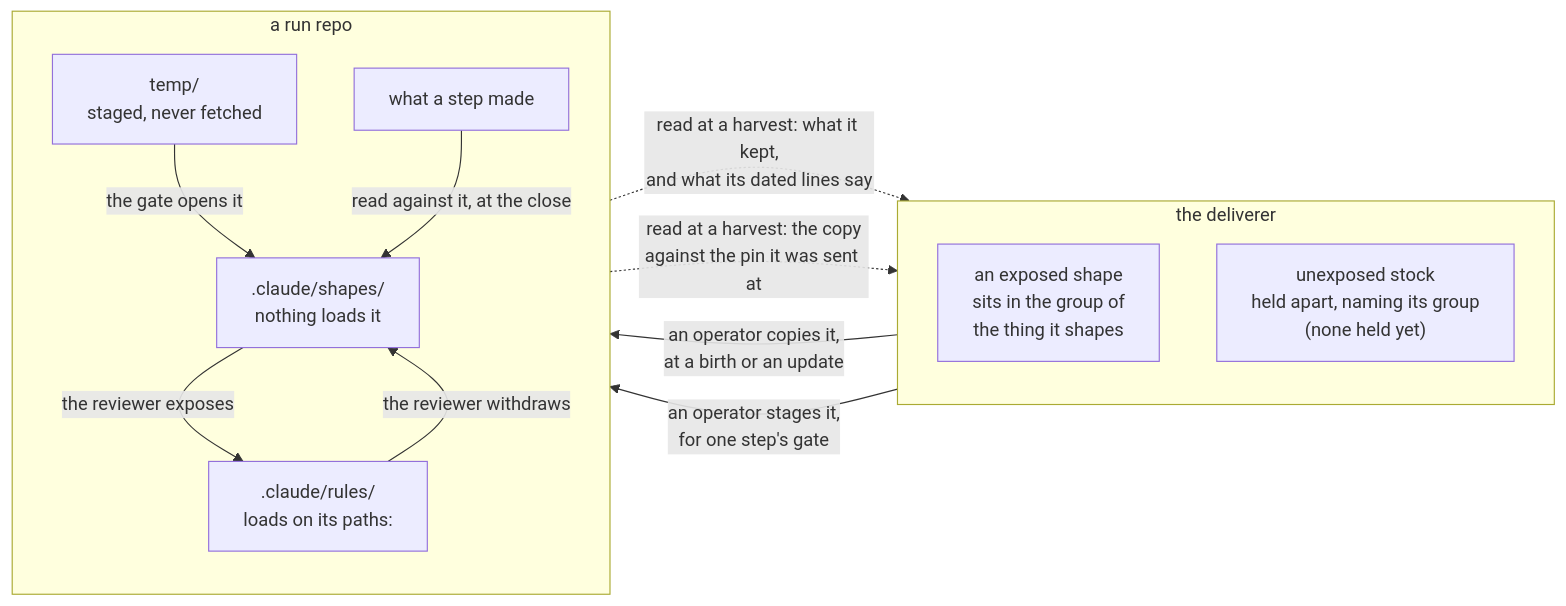
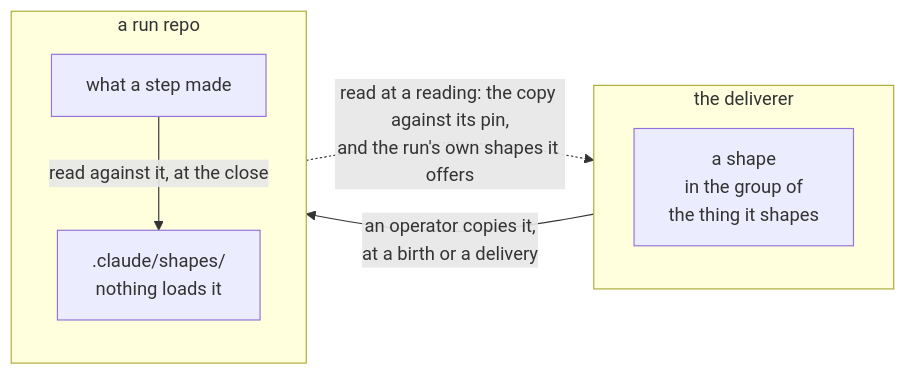
One commit to edgaras87/correctness-by-construction changed the first of 2 diagrams in docs/conventions/shapes/README.md. Above: the diagram before and after it, drawn with Mermaid. The commit also changed other lines of this file and 3 other files, not shown here.

First line of the commit message:
docs: a shape is read at the gate, nowhere else

````diff
--- a/docs/conventions/shapes/README.md
+++ b/docs/conventions/shapes/README.md
@@ -233,26 +207,17 @@
 ```mermaid
 flowchart LR
   subgraph HERE["the deliverer"]
     direction TB
-    EX["an exposed shape<br/>sits in the group of<br/>the thing it shapes"]
-    UN["unexposed stock<br/>held apart, naming its group<br/>(none held yet)"]
+    SH["a shape<br/>in the group of<br/>the thing it shapes"]
   end
 
   subgraph RUN["a run repo"]
     direction TB
     MADE["what a step made"]
-    TMP["temp/<br/>staged, never fetched"]
     SHP[".claude/shapes/<br/>nothing loads it"]
-    RUL[".claude/rules/<br/>loads on its paths:"]
   end
 
-  EX -->|"an operator copies it,<br/>at a birth or an update"| RUL
-  UN -->|"an operator stages it,<br/>for one step's gate"| TMP
-  TMP -->|"the gate opens it"| SHP
+  SH -->|"an operator copies it,<br/>at a birth or a delivery"| SHP
   MADE -->|"read against it, at the close"| SHP
-  SHP -->|"the reviewer exposes"| RUL
-  RUL -->|"the reviewer withdraws"| SHP
-
-  SHP -.->|"read at a harvest: what it kept,<br/>and what its dated lines say"| UN
-  RUL -.->|"read at a harvest: the copy<br/>against the pin it was sent at"| EX
+  SHP -.->|"read at a reading: the copy against its pin,<br/>and the run's own shapes it offers"| SH
 ```
````
